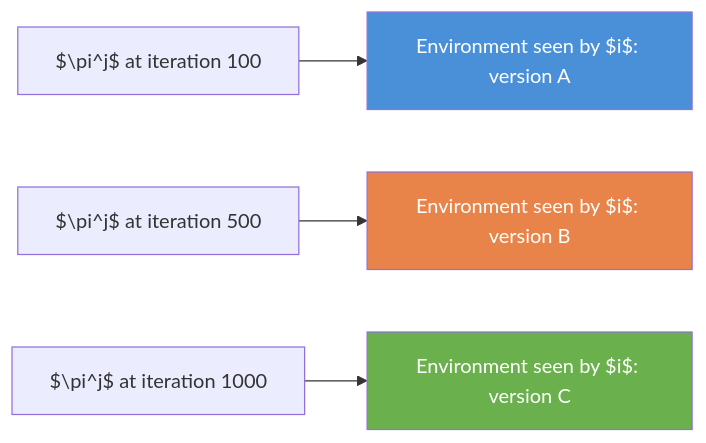
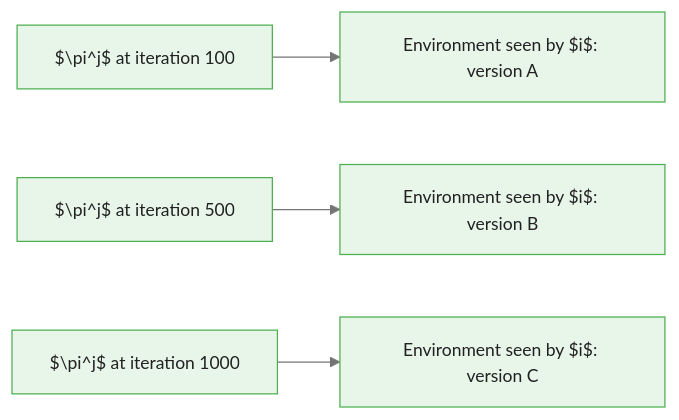
Before and after one commit to m-deane/course-creator: the second of 5 diagrams in courses/reinforcement-learning/modules/module_09_frontiers/guides/01_multi_agent_rl_slides.md, drawn with Mermaid. The commit also changed other lines of this file and 131 other files, not shown here.

````diff
--- a/courses/reinforcement-learning/modules/module_09_frontiers/guides/01_multi_agent_rl_slides.md
+++ b/courses/reinforcement-learning/modules/module_09_frontiers/guides/01_multi_agent_rl_slides.md
@@ -132,9 +160,7 @@
 ```mermaid
+%%{init: {"theme": "base", "themeVariables": {"primaryColor": "#e8f5e9", "primaryBorderColor": "#4caf50", "primaryTextColor": "#212121", "secondaryColor": "#e3f2fd", "tertiaryColor": "#fff8e1", "lineColor": "#757575", "fontFamily": "Inter, sans-serif", "fontSize": "14px"}}}%%
 flowchart LR
     P1["$\pi^j$ at iteration 100"] --> E1["Environment seen by $i$: version A"]
     P2["$\pi^j$ at iteration 500"] --> E2["Environment seen by $i$: version B"]
     P3["$\pi^j$ at iteration 1000"] --> E3["Environment seen by $i$: version C"]
-    style E1 fill:#4A90D9,color:#fff
-    style E2 fill:#E8844A,color:#fff
-    style E3 fill:#6ab04c,color:#fff
 ```
````
